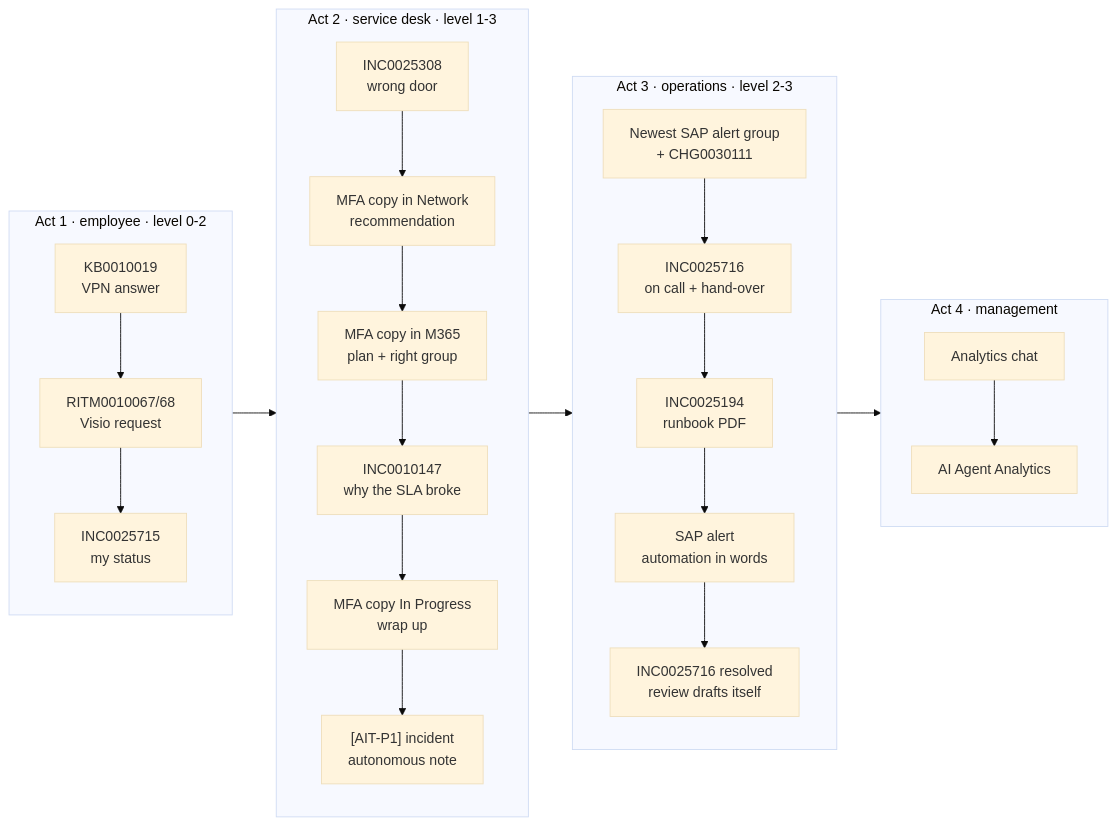
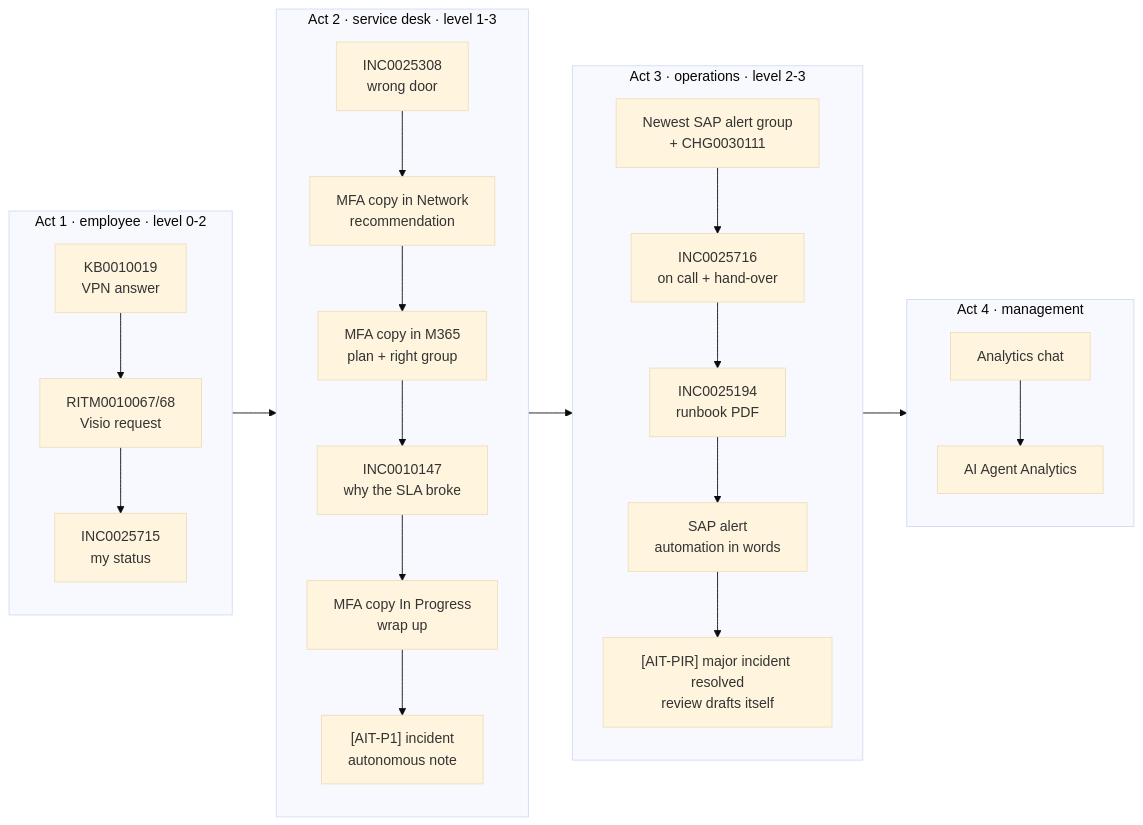
Before and after one commit to caabayfe/agenticsn: the diagram in docs/reports/autonomous-it-everis2/09-demo-route.md, drawn with Mermaid (base theme). The commit also changed other lines of this file and 2 other files, not shown here.

First line of the commit message:
docs(reports): the prepare script makes three major incidents for the review scene

````diff
--- a/docs/reports/autonomous-it-everis2/09-demo-route.md
+++ b/docs/reports/autonomous-it-everis2/09-demo-route.md
@@ -40,16 +41,16 @@
 ```mermaid
 flowchart LR
   subgraph A1["Act 1 · employee · level 0-2"]
     KB["KB0010019<br/>VPN answer"] --> VIS["RITM0010067/68<br/>Visio request"] --> ST["INC0025715<br/>my status"]
   end
   subgraph A2["Act 2 · service desk · level 1-3"]
     MON["INC0025308<br/>wrong door"] --> REC["MFA copy in Network<br/>recommendation"] --> WG["MFA copy in M365<br/>plan + right group"] --> SLA["INC0010147<br/>why the SLA broke"] --> WR["MFA copy In Progress<br/>wrap up"] --> P1["[AIT-P1] incident<br/>autonomous note"]
   end
   subgraph A3["Act 3 · operations · level 2-3"]
-    AL["Newest SAP alert group<br/>+ CHG0030111"] --> OC["INC0025716<br/>on call + hand-over"] --> RB["INC0025194<br/>runbook PDF"] --> AU["SAP alert<br/>automation in words"] --> PIR["INC0025716 resolved<br/>review drafts itself"]
+    AL["Newest SAP alert group<br/>+ CHG0030111"] --> OC["INC0025716<br/>on call + hand-over"] --> RB["INC0025194<br/>runbook PDF"] --> AU["SAP alert<br/>automation in words"] --> PIR["[AIT-PIR] major incident resolved<br/>review drafts itself"]
   end
   subgraph A4["Act 4 · management"]
     AN["Analytics chat"] --> GOV["AI Agent Analytics"]
   end
   A1 --> A2 --> A3 --> A4
 ```
````
